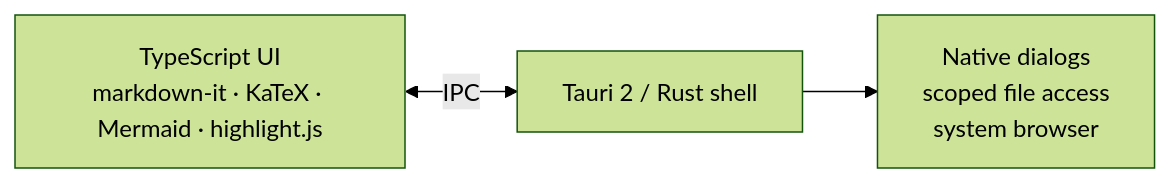
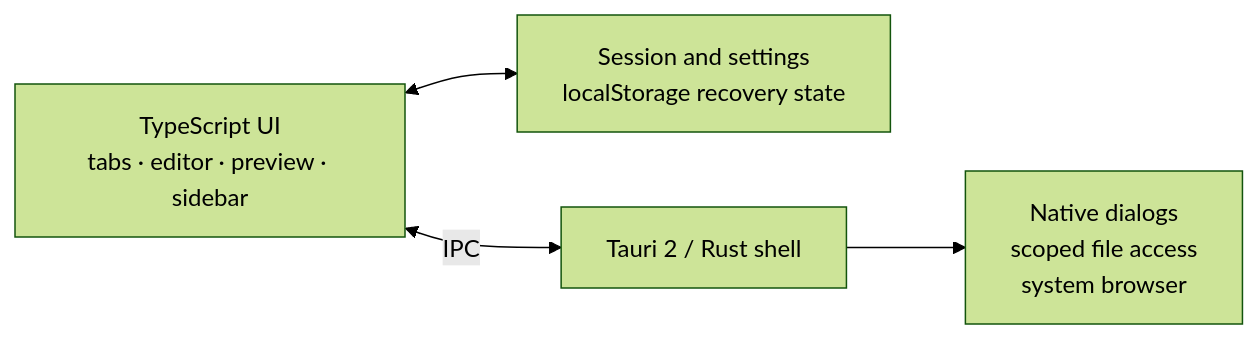
One commit to arnavpadwal/HouseMD changed the diagram in README.md. Above: the diagram before and after it, drawn with Mermaid (forest theme). The commit also changed other lines of this file and 26 other files, not shown here.

Commit message:
feat: release HouseMD v2.0.0 with tabs, recovery, search, settings, and folder sidebar

````diff
--- a/README.md
+++ b/README.md
@@ -166,9 +184,11 @@
 ```mermaid
 flowchart LR
-  UI["TypeScript UI<br/>markdown-it · KaTeX · Mermaid · highlight.js"]
+  UI["TypeScript UI<br/>tabs · editor · preview · sidebar"]
+  State["Session and settings<br/>localStorage recovery state"]
   Shell["Tauri 2 / Rust shell"]
   OS["Native dialogs<br/>scoped file access<br/>system browser"]
 
   UI <-->|IPC| Shell
+  UI <--> State
   Shell --> OS
 ```
````
